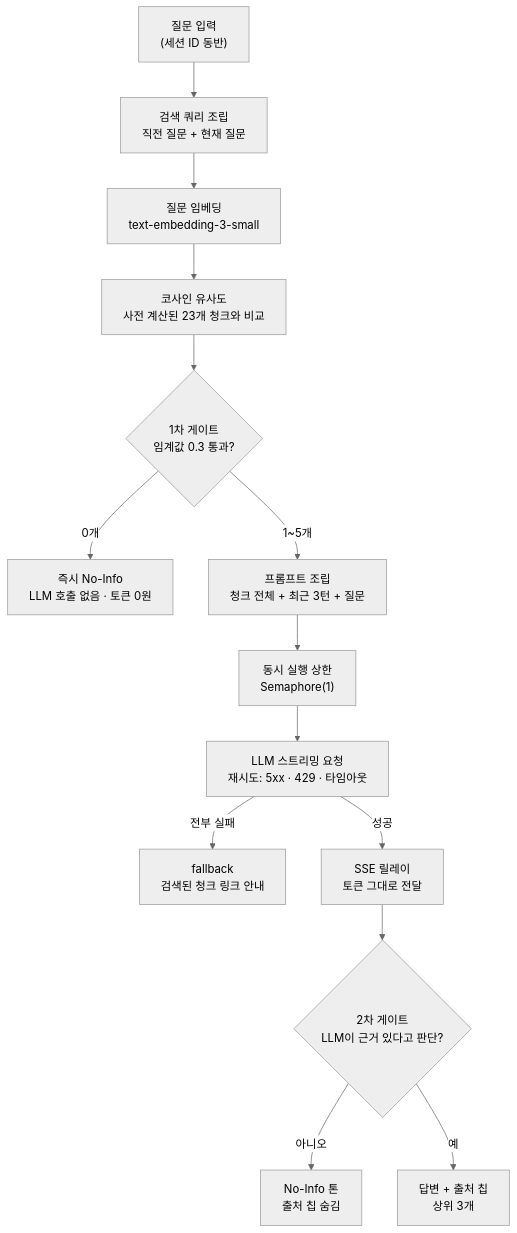
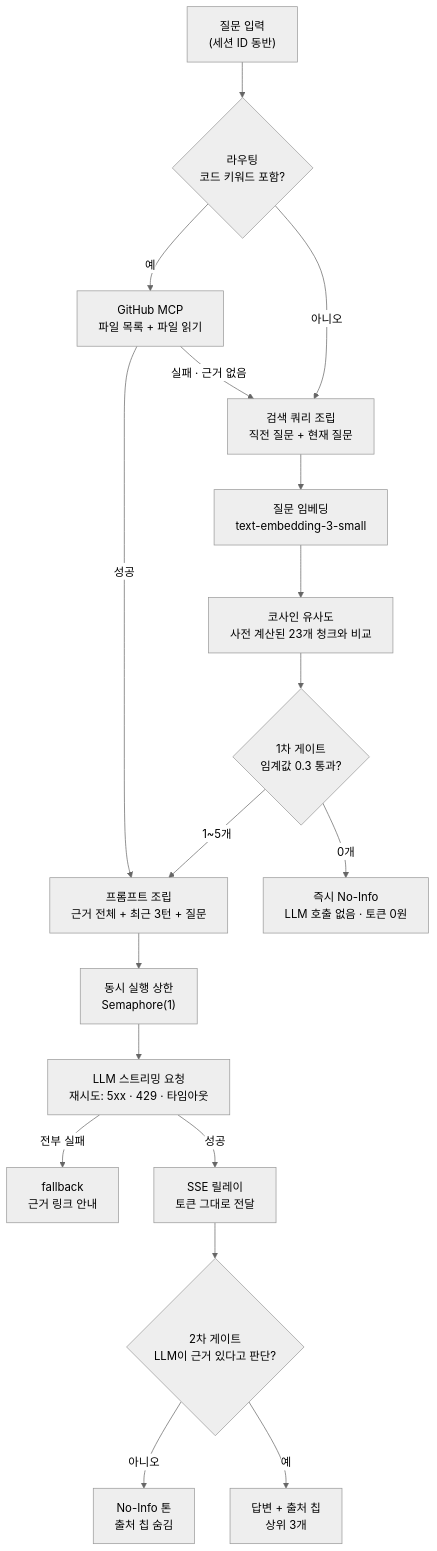
One commit to GukDaHye/ask-dahye changed the diagram in README.md. Above: the diagram before and after it, drawn with Mermaid (neutral theme). The commit also changed other lines of this file and 5 other files, not shown here.

First line of the commit message:
GitHub MCP 연동을 별도 분기로 추가

````diff
--- a/README.md
+++ b/README.md
@@ -24,16 +24,23 @@
 ```mermaid
 flowchart TD
-    A["질문 입력<br/>(세션 ID 동반)"] --> B["검색 쿼리 조립<br/>직전 질문 + 현재 질문"]
+    A["질문 입력<br/>(세션 ID 동반)"] --> R{"라우팅<br/>코드 키워드 포함?"}
+
+    R -- "예" --> M1["GitHub MCP<br/>파일 목록 + 파일 읽기"]
+    M1 -- "실패 · 근거 없음" --> B
+    M1 -- "성공" --> G
+
+    R -- "아니오" --> B["검색 쿼리 조립<br/>직전 질문 + 현재 질문"]
     B --> C["질문 임베딩<br/>text-embedding-3-small"]
     C --> D["코사인 유사도<br/>사전 계산된 23개 청크와 비교"]
     D --> E{"1차 게이트<br/>임계값 0.3 통과?"}
     E -- "0개" --> F["즉시 No-Info<br/>LLM 호출 없음 · 토큰 0원"]
-    E -- "1~5개" --> G["프롬프트 조립<br/>청크 전체 + 최근 3턴 + 질문"]
+    E -- "1~5개" --> G["프롬프트 조립<br/>근거 전체 + 최근 3턴 + 질문"]
+
     G --> H["동시 실행 상한<br/>Semaphore(1)"]
     H --> I["LLM 스트리밍 요청<br/>재시도: 5xx · 429 · 타임아웃"]
-    I -- "전부 실패" --> J["fallback<br/>검색된 청크 링크 안내"]
+    I -- "전부 실패" --> J["fallback<br/>근거 링크 안내"]
     I -- "성공" --> K["SSE 릴레이<br/>토큰 그대로 전달"]
     K --> L{"2차 게이트<br/>LLM이 근거 있다고 판단?"}
-    L -- "아니오" --> M["No-Info 톤<br/>출처 칩 숨김"]
-    L -- "예" --> N["답변 + 출처 칩<br/>상위 3개"]
+    L -- "아니오" --> N1["No-Info 톤<br/>출처 칩 숨김"]
+    L -- "예" --> N2["답변 + 출처 칩<br/>상위 3개"]
 ```
````
